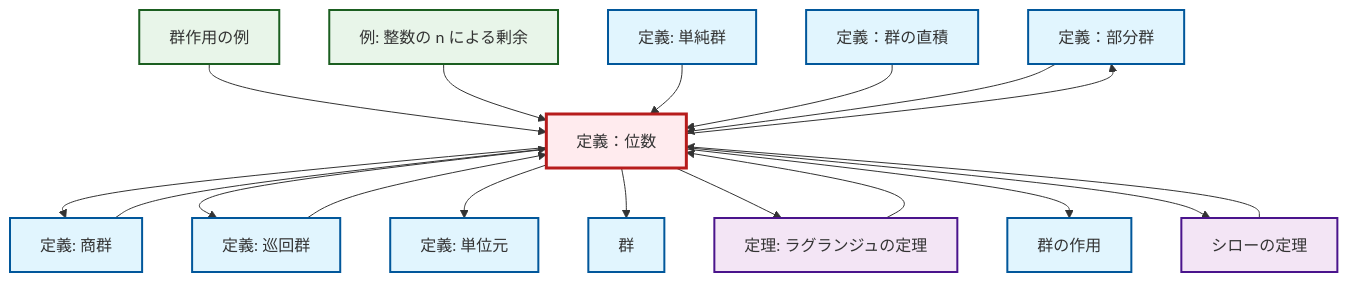
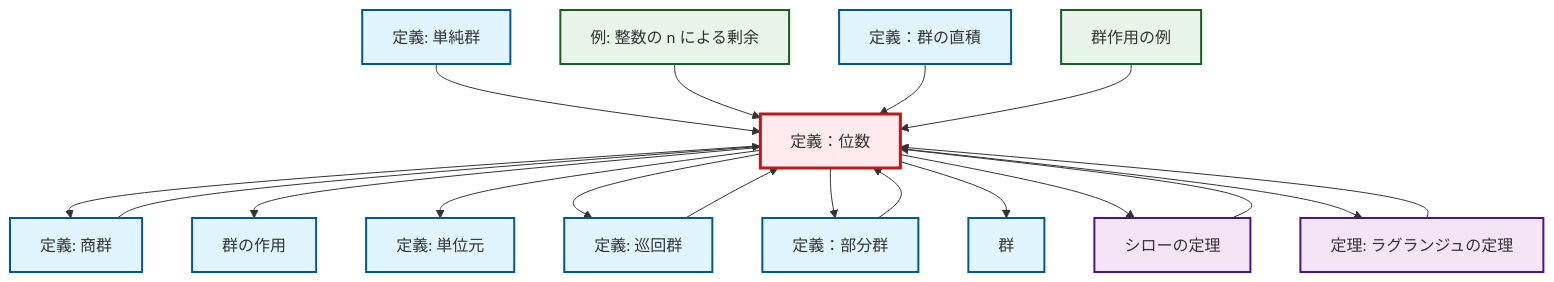
Before and after one commit to RK0429/ModernMath: the diagram in content/ja/algebra/def-order.qmd, drawn with Mermaid. The commit also changed other lines of this file and 328 other files, not shown here.

````diff
--- a/content/ja/algebra/def-order.qmd
+++ b/content/ja/algebra/def-order.qmd
@@ -112,52 +112,52 @@
 ```{mermaid}
 %%| fig-cap: "ローカル依存関係グラフ"
 graph TD
     classDef definition fill:#e1f5fe,stroke:#01579b,stroke-width:2px
     classDef theorem fill:#f3e5f5,stroke:#4a148c,stroke-width:2px
     classDef axiom fill:#fff3e0,stroke:#e65100,stroke-width:2px
     classDef example fill:#e8f5e9,stroke:#1b5e20,stroke-width:2px
     classDef current fill:#ffebee,stroke:#b71c1c,stroke-width:3px
+    ex-group-action-examples["群作用の例"]:::example
+    def-identity-element["定義: 単位元"]:::definition
+    def-group-action["群の作用"]:::definition
+    def-order["定義：位数"]:::definition
+    def-cyclic-group["定義: 巡回群"]:::definition
     def-subgroup["定義：部分群"]:::definition
-    def-cyclic-group["定義: 巡回群"]:::definition
-    def-order["定義：位数"]:::definition
+    def-simple-group["定義: 単純群"]:::definition
+    thm-lagrange["定理: ラグランジュの定理"]:::theorem
+    ex-quotient-integers-mod-n["例: 整数の n による剰余"]:::example
+    def-direct-product["定義：群の直積"]:::definition
+    def-group["群"]:::definition
     def-quotient-group["定義: 商群"]:::definition
-    def-direct-product["定義：群の直積"]:::definition
-    ex-group-action-examples["群作用の例"]:::example
-    ex-quotient-integers-mod-n["例: 整数の n による剰余"]:::example
-    thm-lagrange["定理: ラグランジュの定理"]:::theorem
-    def-identity-element["定義: 単位元"]:::definition
-    def-group["群"]:::definition
     thm-sylow["シローの定理"]:::theorem
-    def-simple-group["定義: 単純群"]:::definition
-    def-group-action["群の作用"]:::definition
     def-order --> def-quotient-group
+    def-subgroup --> def-order
+    def-order --> def-group-action
+    def-order --> def-identity-element
+    def-simple-group --> def-order
+    ex-quotient-integers-mod-n --> def-order
     def-order --> def-cyclic-group
-    def-order --> def-identity-element
+    def-cyclic-group --> def-order
+    def-order --> def-subgroup
+    def-direct-product --> def-order
     ex-group-action-examples --> def-order
-    ex-quotient-integers-mod-n --> def-order
+    def-order --> def-group
     def-quotient-group --> def-order
-    def-simple-group --> def-order
+    thm-sylow --> def-order
+    def-order --> thm-sylow
     thm-lagrange --> def-order
-    def-order --> def-group
     def-order --> thm-lagrange
-    def-cyclic-group --> def-order
-    def-order --> def-group-action
-    def-direct-product --> def-order
-    def-subgroup --> def-order
-    def-order --> thm-sylow
-    thm-sylow --> def-order
-    def-order --> def-subgroup
     class def-order current
+    click ex-group-action-examples "ex-group-action-examples.html" "群作用の例へ"
+    click def-identity-element "def-identity-element.html" "単位元の定義へ"
+    click def-group-action "def-group-action.html" "群の作用へ"
+    click def-cyclic-group "def-cyclic-group.html" "巡回群の定義へ"
     click def-subgroup "def-subgroup.html" "定義：部分群へ"
-    click def-cyclic-group "def-cyclic-group.html" "巡回群の定義へ"
+    click def-simple-group "def-simple-group.html" "単純群の定義へ"
+    click thm-lagrange "thm-lagrange.html" "ラグランジュの定理の定理へ"
+    click ex-quotient-integers-mod-n "ex-quotient-integers-mod-n.html" "整数の n による剰余の例へ"
+    click def-direct-product "def-direct-product.html" "定義：群の直積へ"
+    click def-group "def-group.html" "群へ"
     click def-quotient-group "def-quotient-group.html" "商群の定義へ"
-    click def-direct-product "def-direct-product.html" "定義：群の直積へ"
-    click ex-group-action-examples "ex-group-action-examples.html" "群作用の例へ"
-    click ex-quotient-integers-mod-n "ex-quotient-integers-mod-n.html" "整数の n による剰余の例へ"
-    click thm-lagrange "thm-lagrange.html" "ラグランジュの定理の定理へ"
-    click def-identity-element "def-identity-element.html" "単位元の定義へ"
-    click def-group "def-group.html" "群へ"
     click thm-sylow "thm-sylow.html" "シローの定理へ"
-    click def-simple-group "def-simple-group.html" "単純群の定義へ"
-    click def-group-action "def-group-action.html" "群の作用へ"
 ```
````
